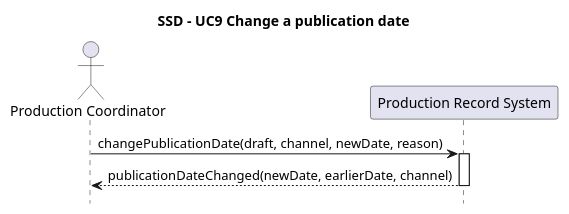
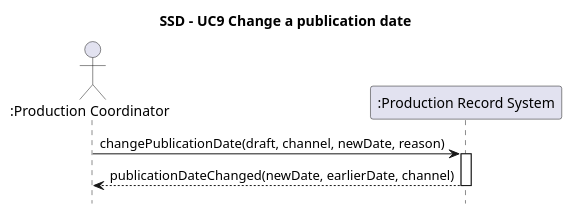
Before and after one commit to Rani-Wheeza/Local-Podcast-Production-Service: the diagram in CA 2/Diagrams/System_Sequence_Diagrams/SSD_UC9_ChangePublicationDate.puml, drawn with PlantUML. The commit also changed 5 other files, not shown here.

```diff
--- a/CA 2/Diagrams/System_Sequence_Diagrams/SSD_UC9_ChangePublicationDate.puml
+++ b/CA 2/Diagrams/System_Sequence_Diagrams/SSD_UC9_ChangePublicationDate.puml
@@ -1,13 +1,13 @@
 @startuml SSD_UC9_ChangePublicationDate
 title SSD - UC9 Change a publication date
 
 hide footbox
 
-actor "Production Coordinator" as PC
-participant "Production Record System" as S
+actor ":Production Coordinator" as PC
+participant ":Production Record System" as S
 
 PC -> S : changePublicationDate(draft, channel, newDate, reason)
 activate S
 S --> PC : publicationDateChanged(newDate, earlierDate, channel)
 deactivate S
 @enduml
```
